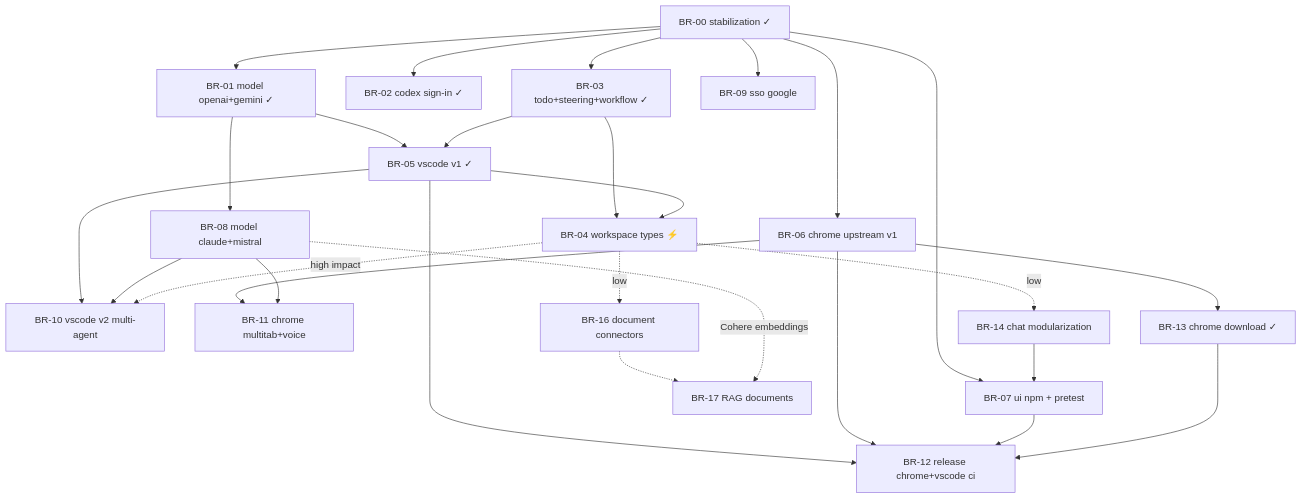
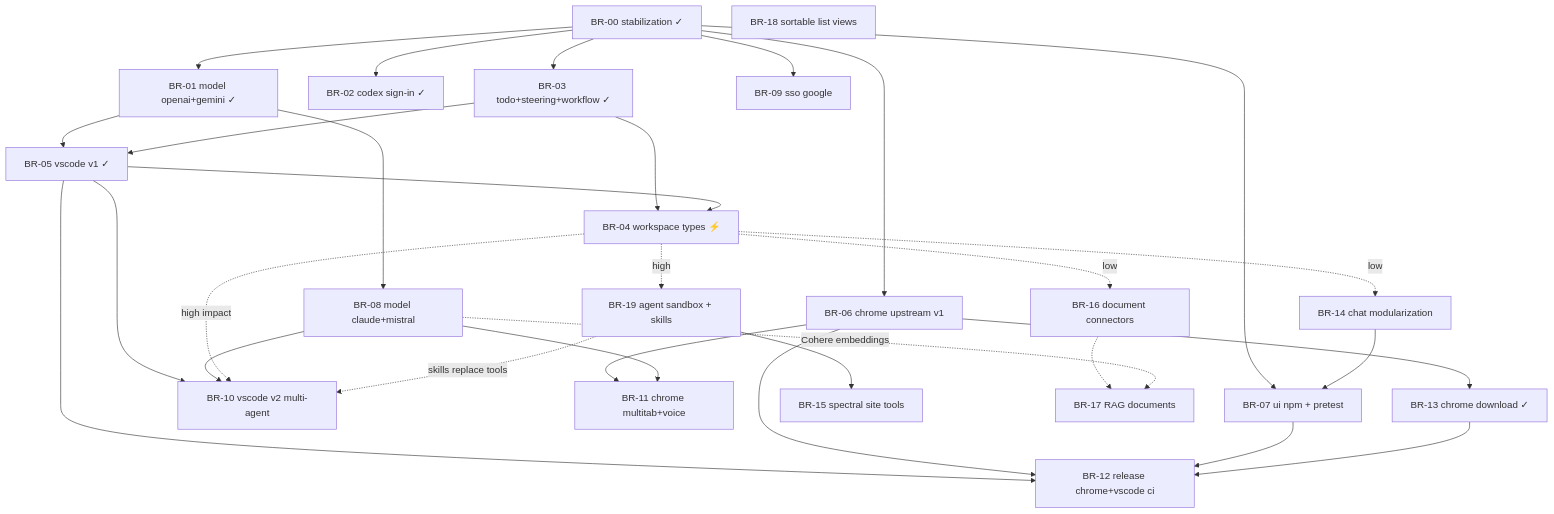
One commit to rhanka/sentropic changed the diagram in PLAN.md. Above: the diagram before and after it, drawn with Mermaid. The commit also changed other lines of this file and 4 other files, not shown here.

````diff
--- a/PLAN.md
+++ b/PLAN.md
@@ -62,48 +63,54 @@
 ```mermaid
 graph TD
   BR00[BR-00 stabilization ✓]
   BR01[BR-01 model openai+gemini ✓]
   BR02[BR-02 codex sign-in ✓]
   BR03[BR-03 todo+steering+workflow ✓]
   BR04[BR-04 workspace types ⚡]
   BR05[BR-05 vscode v1 ✓]
   BR06[BR-06 chrome upstream v1]
   BR07[BR-07 ui npm + pretest]
   BR08[BR-08 model claude+mistral]
   BR09[BR-09 sso google]
   BR10[BR-10 vscode v2 multi-agent]
   BR11[BR-11 chrome multitab+voice]
   BR12[BR-12 release chrome+vscode ci]
   BR13[BR-13 chrome download ✓]
   BR14[BR-14 chat modularization]
+  BR15[BR-15 spectral site tools]
   BR16[BR-16 document connectors]
   BR17[BR-17 RAG documents]
+  BR18[BR-18 sortable list views]
+  BR19[BR-19 agent sandbox + skills]
 
   BR00 --> BR01
   BR00 --> BR02
   BR00 --> BR03
   BR03 --> BR04
   BR05 --> BR04
   BR01 --> BR05
   BR03 --> BR05
   BR00 --> BR06
   BR00 --> BR07
   BR14 --> BR07
   BR06 --> BR13
 
   BR01 --> BR08
   BR00 --> BR09
   BR05 --> BR10
   BR08 --> BR10
   BR04 -.->|high impact| BR10
   BR06 --> BR11
   BR08 --> BR11
   BR05 --> BR12
   BR06 --> BR12
   BR07 --> BR12
   BR13 --> BR12
   BR04 -.->|low| BR14
   BR04 -.->|low| BR16
   BR16 -.-> BR17
   BR08 -.->|Cohere embeddings| BR17
+  BR04 -.->|high| BR19
+  BR19 --> BR15
+  BR19 -.->|skills replace tools| BR10
 ```
````
